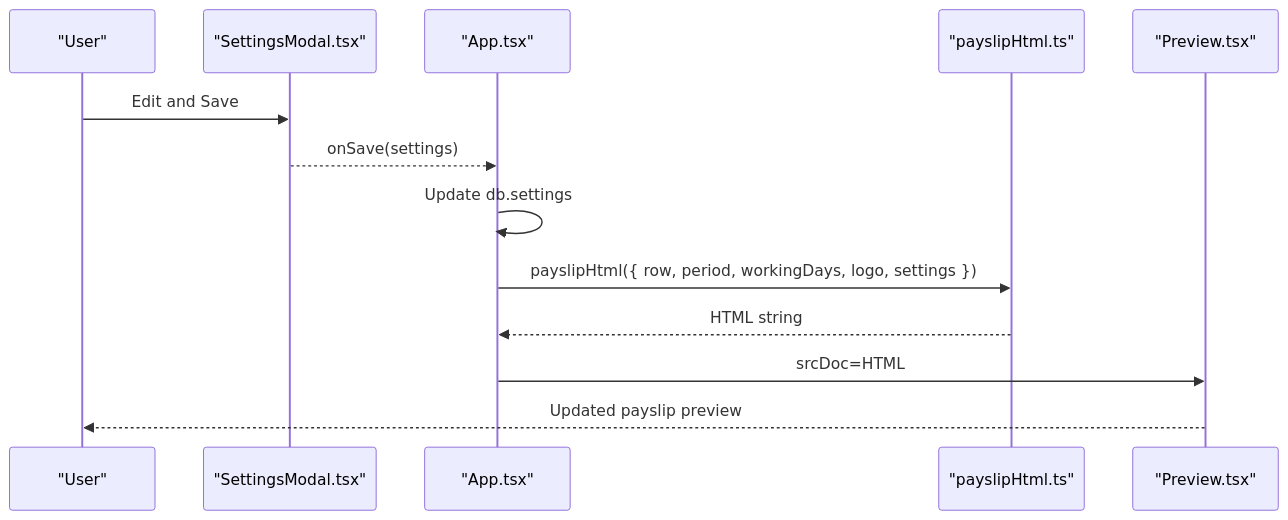
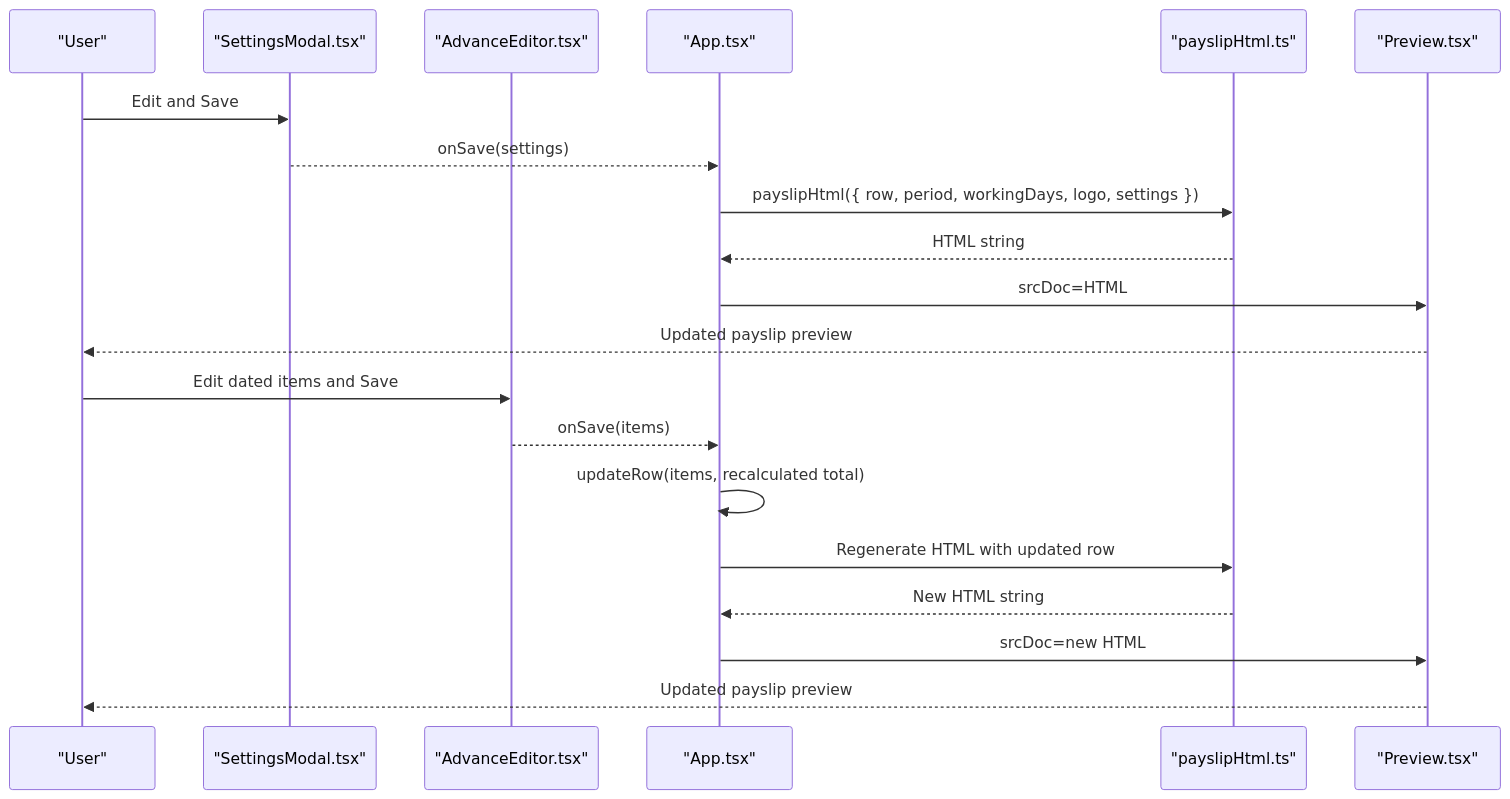
One commit to MdodoIng/salery-slip-generater changed the eighth of 11 diagrams in .qoder/repowiki/en/content/UI Components/SettingsModal Component.md. Above: the diagram before and after it, drawn with Mermaid. The commit also changed other lines of this file and 22 other files, not shown here.

First line of the commit message:
feat(payslip): centralize computation and add dated advance breakdowns

````diff
--- a/.qoder/repowiki/en/content/UI Components/SettingsModal Component.md
+++ b/.qoder/repowiki/en/content/UI Components/SettingsModal Component.md
@@ -256,15 +367,24 @@
 ```mermaid
 sequenceDiagram
 participant User as "User"
-participant Modal as "SettingsModal.tsx"
-participant App as "App.tsx"
-participant Html as "payslipHtml.ts"
-participant Preview as "Preview.tsx"
-User->>Modal : Edit and Save
-Modal-->>App : onSave(settings)
-App->>App : Update db.settings
-App->>Html : payslipHtml({ row, period, workingDays, logo, settings })
-Html-->>App : HTML string
-App->>Preview : srcDoc=HTML
-Preview-->>User : Updated payslip preview
+ participant Settings as "SettingsModal.tsx"
+ participant Advances as "AdvanceEditor.tsx"
+ participant App as "App.tsx"
+ participant Html as "payslipHtml.ts"
+ participant Preview as "Preview.tsx"
+
+ User->>Settings : Edit and Save
+ Settings-->>App : onSave(settings)
+ App->>Html : payslipHtml({ row, period, workingDays, logo, settings })
+ Html-->>App : HTML string
+ App->>Preview : srcDoc=HTML
+ Preview-->>User : Updated payslip preview
+
+ User->>Advances : Edit dated items and Save
+ Advances-->>App : onSave(items)
+ App->>App : updateRow(items, recalculated total)
+ App->>Html : Regenerate HTML with updated row
+ Html-->>App : New HTML string
+ App->>Preview : srcDoc=new HTML
+ Preview-->>User : Updated payslip preview
 ```
````
